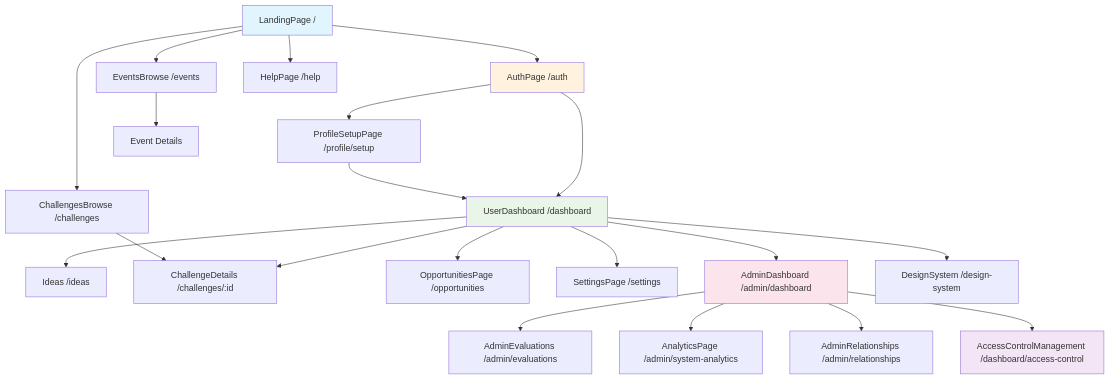
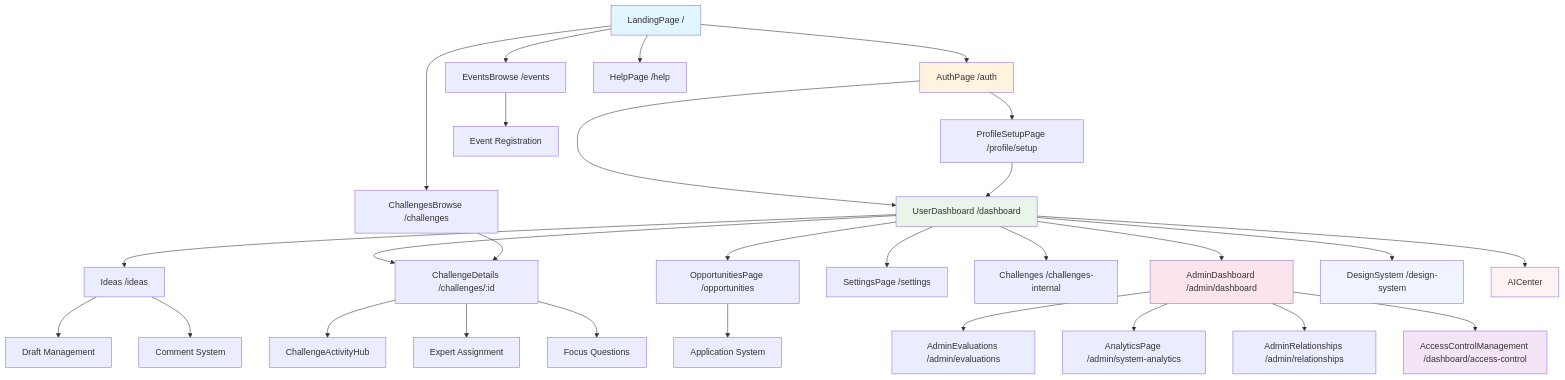
The first of 2 diagrams in docs/PAGE_RELATIONSHIPS_MAP.md (momah-innovation/saudi-innovate-flow), drawn with Mermaid before and after one commit. The commit also changed other lines of this file, not shown here.

First line of the commit message:
Update page relationship map

````diff
--- a/docs/PAGE_RELATIONSHIPS_MAP.md
+++ b/docs/PAGE_RELATIONSHIPS_MAP.md
@@ -52,38 +55,50 @@
 ```mermaid
 graph TD
     A[LandingPage /] --> B[AuthPage /auth]
     A --> C[ChallengesBrowse /challenges]
     A --> D[EventsBrowse /events]
     A --> E[HelpPage /help]
     
     B --> F[ProfileSetupPage /profile/setup]
     B --> G[UserDashboard /dashboard]
     
     F --> G
     
     G --> H[Ideas /ideas]
     G --> I[ChallengeDetails /challenges/:id]
     G --> J[OpportunitiesPage /opportunities]
     G --> K[SettingsPage /settings]
+    G --> L[Challenges /challenges-internal]
     
     C --> I
-    D --> L[Event Details]
+    D --> M[Event Registration]
+    I --> N[ChallengeActivityHub]
     
     %% Admin Flow
-    G --> M[AdminDashboard /admin/dashboard]
-    M --> N[AdminEvaluations /admin/evaluations]
-    M --> O[AnalyticsPage /admin/system-analytics]
-    M --> P[AdminRelationships /admin/relationships]
+    G --> O[AdminDashboard /admin/dashboard]
+    O --> P[AdminEvaluations /admin/evaluations]
+    O --> Q[AnalyticsPage /admin/system-analytics]
+    O --> R[AdminRelationships /admin/relationships]
     
     %% Super Admin Flow
-    M --> Q[AccessControlManagement /dashboard/access-control]
+    O --> S[AccessControlManagement /dashboard/access-control]
     
     %% Special
-    G --> R[DesignSystem /design-system]
+    G --> T[DesignSystem /design-system]
+    G --> U[AICenter]
+    
+    %% Internal connections
+    H --> V[Draft Management]
+    H --> W[Comment System]
+    I --> X[Expert Assignment]
+    I --> Y[Focus Questions]
+    J --> Z[Application System]
     
     style A fill:#e1f5fe
     style B fill:#fff3e0
     style G fill:#e8f5e8
-    style M fill:#fce4ec
-    style Q fill:#f3e5f5
+    style O fill:#fce4ec
+    style S fill:#f3e5f5
+    style T fill:#f0f4ff
+    style U fill:#fef3f3
 ```
````
